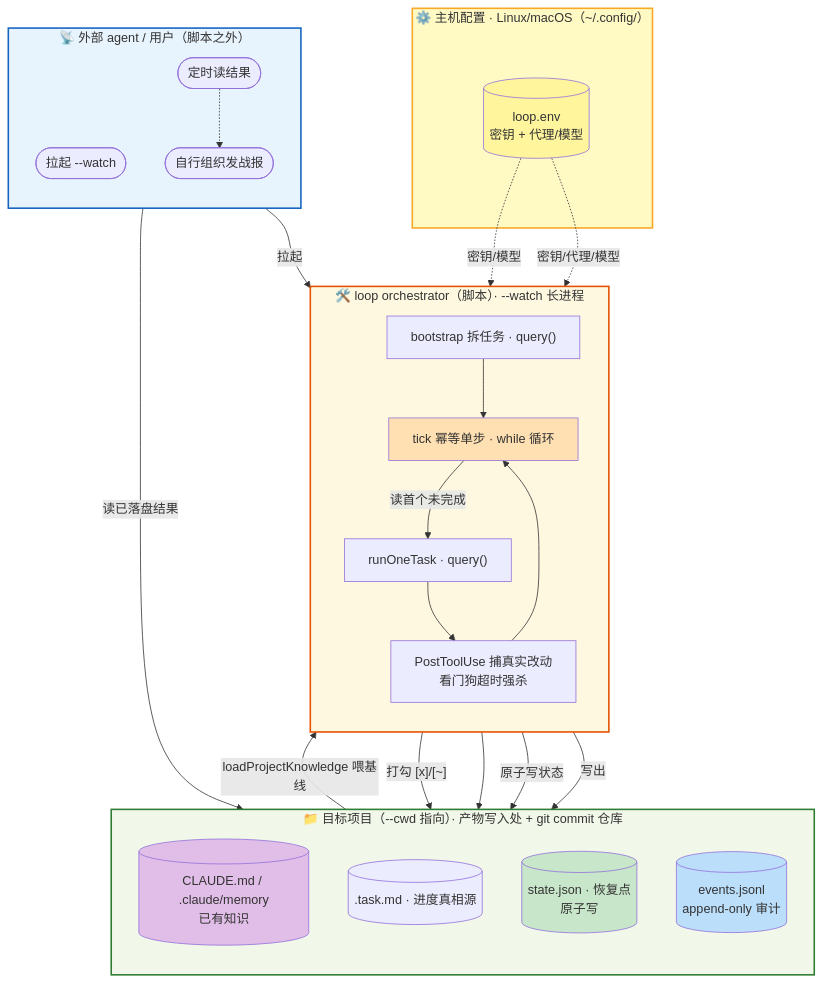
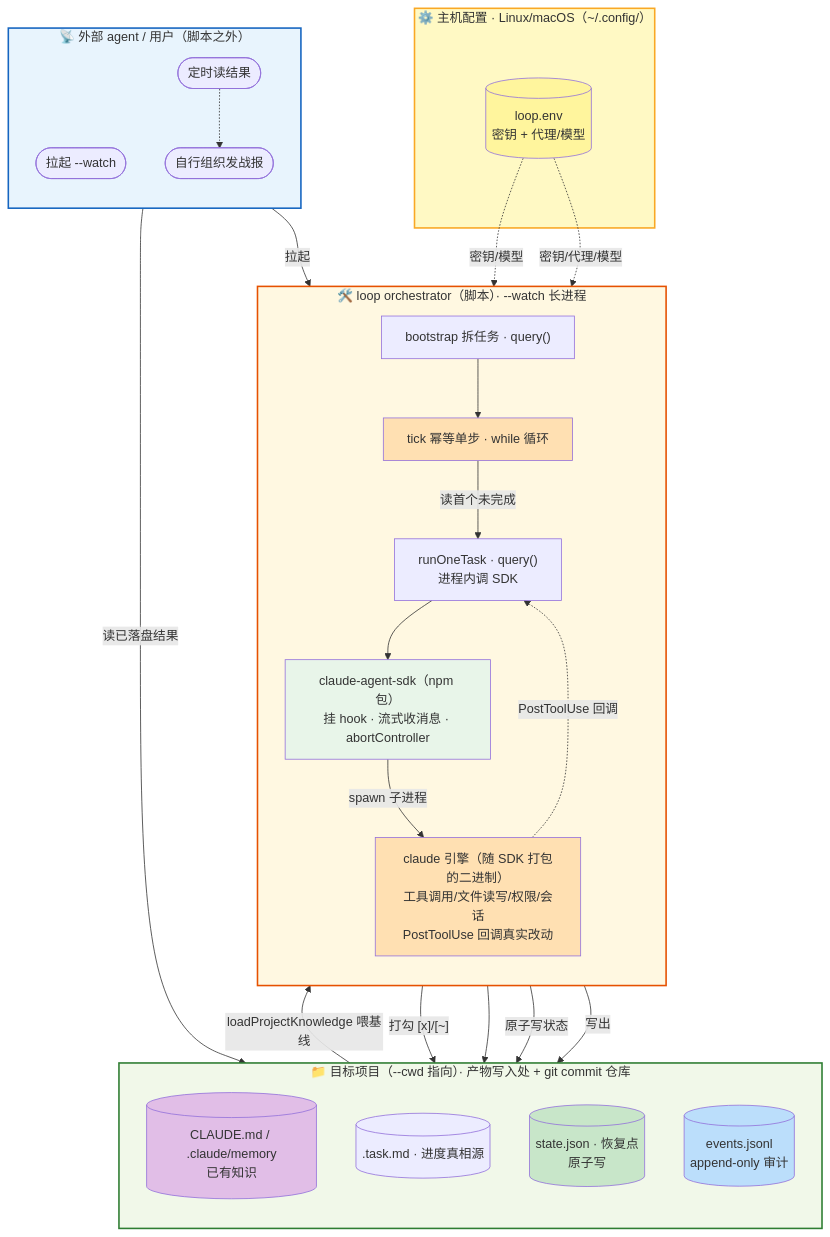
One commit to free-wyq/swallow changed the first of 2 diagrams in README.md. Above: the diagram before and after it, drawn with Mermaid. The commit also changed other lines of this file, not shown here.

First line of the commit message:
docs(README): 架构图补调用链——脚本→SDK→claude 引擎

````diff
--- a/README.md
+++ b/README.md
@@ -39,54 +39,58 @@
 ```mermaid
 flowchart TB
     subgraph HOST["⚙️ 主机配置 · Linux/macOS（~/.config/）"]
       ENV[("loop.env<br/>密钥 + 代理/模型")]
     end
 
     subgraph PROJ["📁 目标项目（--cwd 指向）· 产物写入处 + git commit 仓库"]
       direction TB
       KNOW[("CLAUDE.md / .claude/memory<br/>已有知识")]
       TASK[(".task.md · 进度真相源")]
       STATE[("state.json · 恢复点<br/>原子写")]
       EVENTS[("events.jsonl<br/>append-only 审计")]
     end
 
     subgraph SCRIPT["🛠️ loop orchestrator（脚本）· --watch 长进程"]
       direction TB
       BOOT["bootstrap 拆任务 · query()"]
       TICK["tick 幂等单步 · while 循环"]
-      RUN["runOneTask · query()"]
-      SDK["PostToolUse 捕真实改动<br/>看门狗超时强杀"]
+      RUN["runOneTask · query()<br/>进程内调 SDK"]
+      SDK["claude-agent-sdk（npm 包）<br/>挂 hook · 流式收消息 · abortController"]
+      CLI["claude 引擎（随 SDK 打包的二进制）<br/>工具调用/文件读写/权限/会话<br/>PostToolUse 回调真实改动"]
+      BOOT --> TICK
+      TICK -->|"读首个未完成"| RUN
+      RUN --> SDK
+      SDK -->|"spawn 子进程"| CLI
+      CLI -.->|"PostToolUse 回调"| RUN
     end
 
     subgraph EXTBOX["📡 外部 agent / 用户（脚本之外）"]
       direction TB
       User([拉起 --watch])
       Ext([定时读结果])
       Push([自行组织发战报])
     end
 
     User -->|"拉起"| BOOT
     KNOW -->|"loadProjectKnowledge 喂基线"| BOOT
     ENV -.->|"密钥/代理/模型"| BOOT
     BOOT -->|"写出"| TASK
-    BOOT --> TICK
-    TICK -->|"读首个未完成"| RUN
     ENV -.->|"密钥/模型"| RUN
-    RUN --> SDK
-    SDK --> TICK
     TICK -->|"原子写状态"| STATE
     TICK --> EVENTS
     TICK -->|"打勾 [x]/[~]"| TASK
     Ext -->|"读已落盘结果"| STATE
     Ext -.-> Push
 
     style HOST fill:#fff9c4,stroke:#f9a825,stroke-width:2px
     style PROJ fill:#f1f8e9,stroke:#2e7d32,stroke-width:2px
     style SCRIPT fill:#fff8e1,stroke:#e65100,stroke-width:2px
     style EXTBOX fill:#e8f4fd,stroke:#1565c0,stroke-width:2px
     style STATE fill:#c8e6c9
     style EVENTS fill:#bbdefb
     style TICK fill:#ffe0b2
+    style SDK fill:#e8f5e9
+    style CLI fill:#ffe0b2
     style KNOW fill:#e1bee7
     style ENV fill:#fff59d
 ```
````
